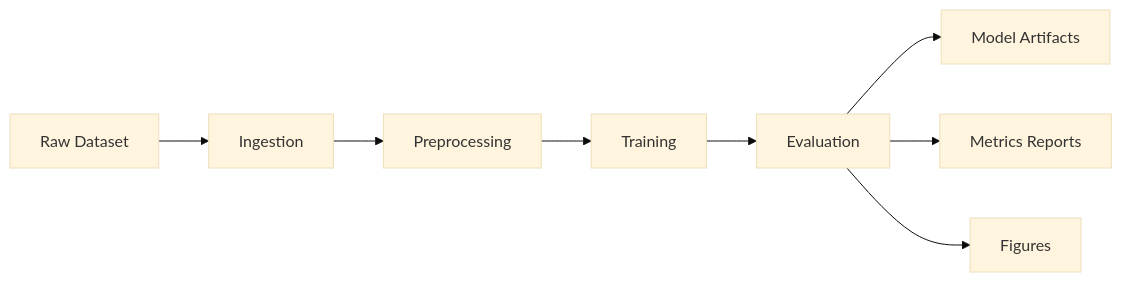
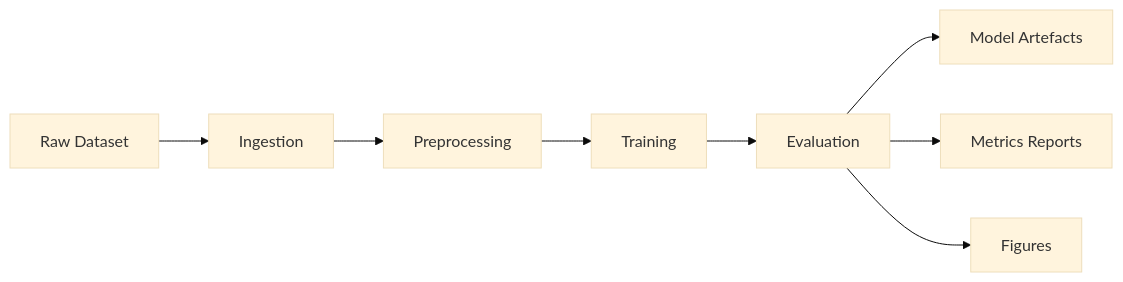
Before and after one commit to CharlieMaguire1/interpretable-ml-churn: the diagram in README.md, drawn with Mermaid (base theme). The commit also changed other lines of this file, not shown here.

````diff
--- a/README.md
+++ b/README.md
@@ -60,11 +60,11 @@
 ```mermaid
 flowchart LR
     A[Raw Dataset] --> B[Ingestion]
     B --> C[Preprocessing]
     C --> D[Training]
     D --> E[Evaluation]
 
-    E --> F[Model Artifacts]
+    E --> F[Model Artefacts]
     E --> G[Metrics Reports]
     E --> H[Figures]
 ```
````
